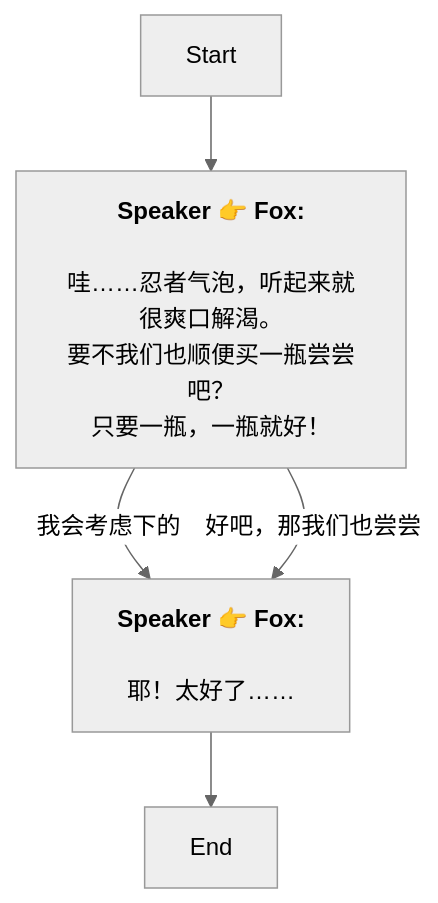
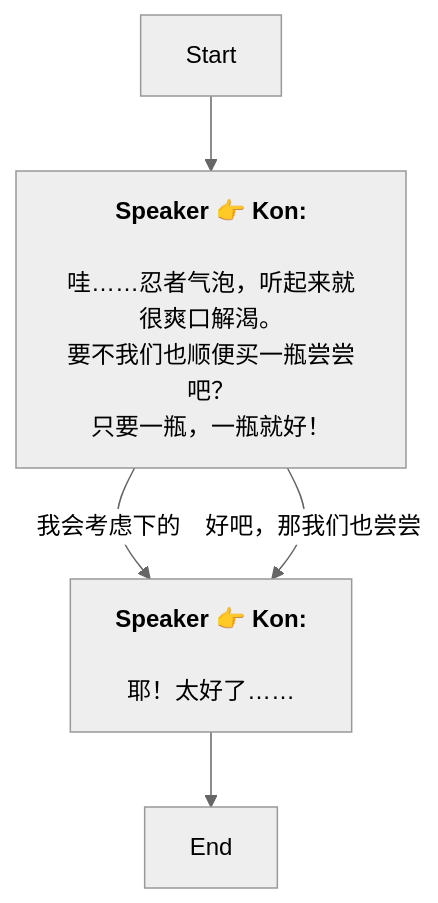
The diagram in Zh/AddDialogNode_1739692900553997.md (SoftHu/tos_avg), drawn with Mermaid (neutral theme) before and after one commit. The commit also changed 730 other files, not shown here.

````diff
--- a/Zh/AddDialogNode_1739692900553997.md
+++ b/Zh/AddDialogNode_1739692900553997.md
@@ -1,12 +1,12 @@
 ```mermaid
 graph
-Start -->1739694113745168[<b>Speaker 👉 Fox:</b>
+Start -->1739694113745168[<b>Speaker 👉 Kon:</b>
 \n哇……忍者气泡，听起来就很爽口解渴。\n要不我们也顺便买一瓶尝尝吧？
 只要一瓶，一瓶就好！]
-1739694113745168 -->|我会考虑下的|1739694965072150[<b>Speaker 👉 Fox:</b>
+1739694113745168 -->|我会考虑下的|1739694965072150[<b>Speaker 👉 Kon:</b>
 \n耶！太好了……]
-1739694113745168 -->|好吧，那我们也尝尝|1739694965072150[<b>Speaker 👉 Fox:</b>
+1739694113745168 -->|好吧，那我们也尝尝|1739694965072150[<b>Speaker 👉 Kon:</b>
 \n耶！太好了……]
 1739694965072150 -->1739695381930263[End]
 
 ```
````
